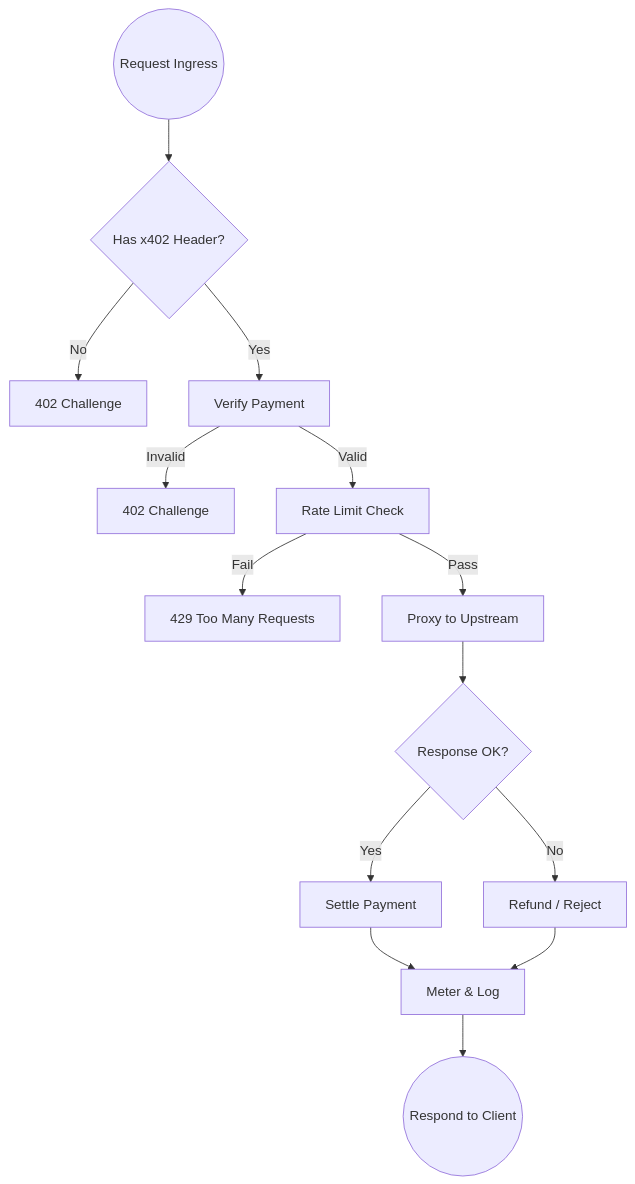
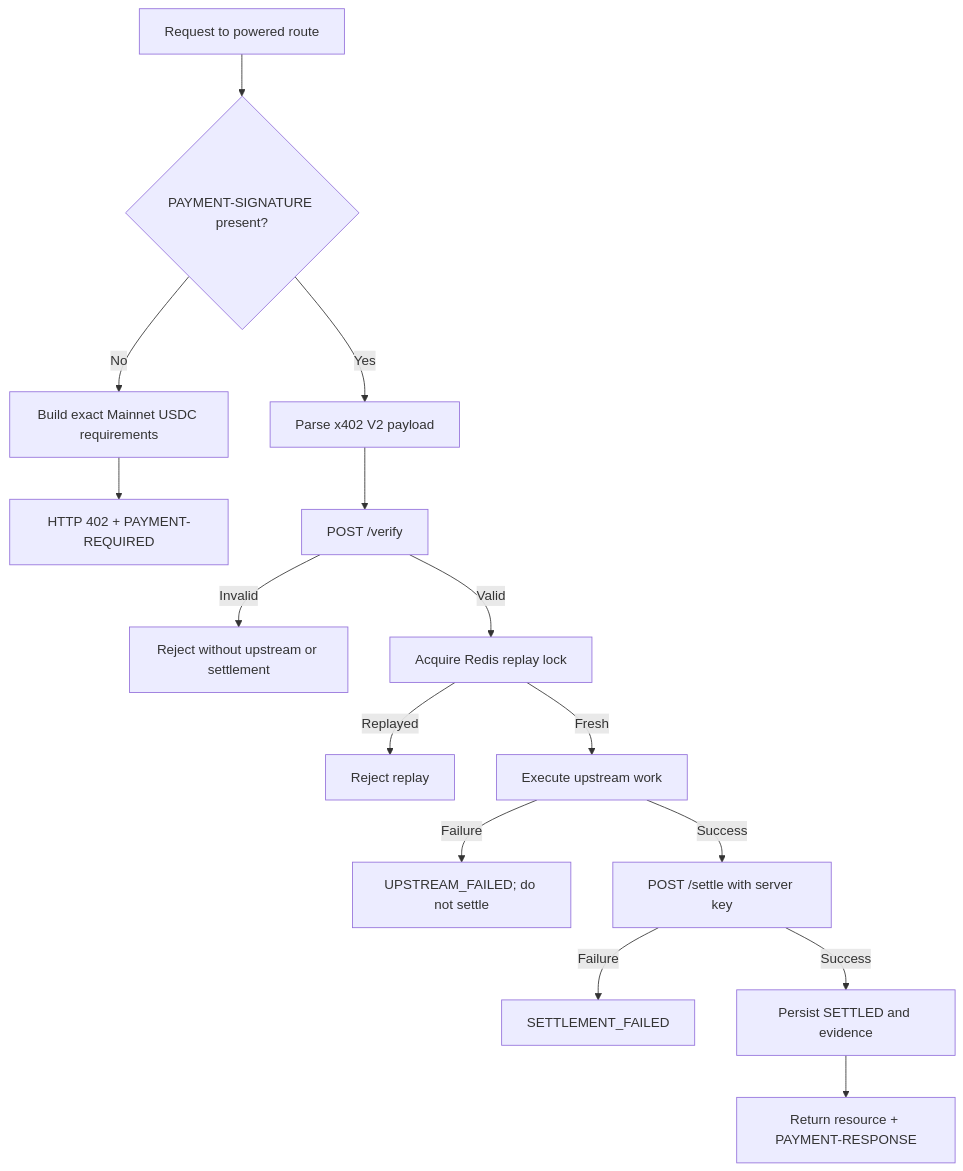
The second of 3 diagrams in docs/system-architecture-and-database-schema.md (Devendurance/usemetron), drawn with Mermaid before and after one commit. The commit also changed other lines of this file and 176 other files, not shown here.

````diff
--- a/docs/system-architecture-and-database-schema.md
+++ b/docs/system-architecture-and-database-schema.md
@@ -58,20 +106,17 @@
 ```mermaid
 flowchart TD
-    Ingress((Request Ingress)) --> Auth{Has x402 Header?}
-    Auth -- No --> Challenge[402 Challenge]
-    Auth -- Yes --> Verify[Verify Payment]
-    
-    Verify -- Invalid --> Reject[402 Challenge]
-    Verify -- Valid --> RateLimit[Rate Limit Check]
-    
-    RateLimit -- Pass --> Proxy[Proxy to Upstream]
-    RateLimit -- Fail --> 429[429 Too Many Requests]
-    
-    Proxy --> ResponseCheck{Response OK?}
-    ResponseCheck -- Yes --> Settle[Settle Payment]
-    ResponseCheck -- No --> Refund[Refund / Reject]
-    
-    Settle --> Meter[Meter & Log]
-    Refund --> Meter
-    Meter --> Respond((Respond to Client))
+  Ingress[Request to powered route] --> HasSignature{PAYMENT-SIGNATURE present?}
+  HasSignature -- No --> Requirement[Build exact Mainnet USDC requirements]
+  Requirement --> Challenge[HTTP 402 + PAYMENT-REQUIRED]
+  HasSignature -- Yes --> Parse[Parse x402 V2 payload]
+  Parse --> Verify[POST /verify]
+  Verify -- Invalid --> Reject[Reject without upstream or settlement]
+  Verify -- Valid --> Lock[Acquire Redis replay lock]
+  Lock -- Replayed --> Replay[Reject replay]
+  Lock -- Fresh --> Execute[Execute upstream work]
+  Execute -- Failure --> UpstreamFailed[UPSTREAM_FAILED; do not settle]
+  Execute -- Success --> Settle[POST /settle with server key]
+  Settle -- Failure --> SettlementFailed[SETTLEMENT_FAILED]
+  Settle -- Success --> Record[Persist SETTLED and evidence]
+  Record --> Deliver[Return resource + PAYMENT-RESPONSE]
 ```
````
